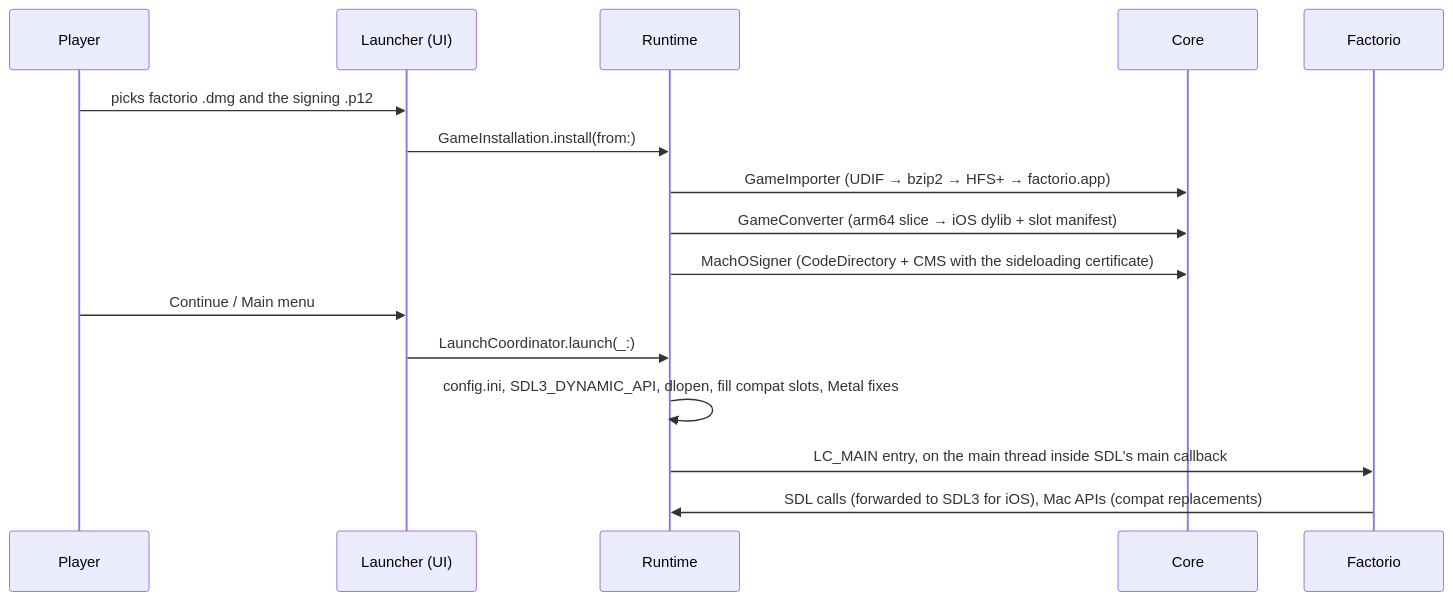
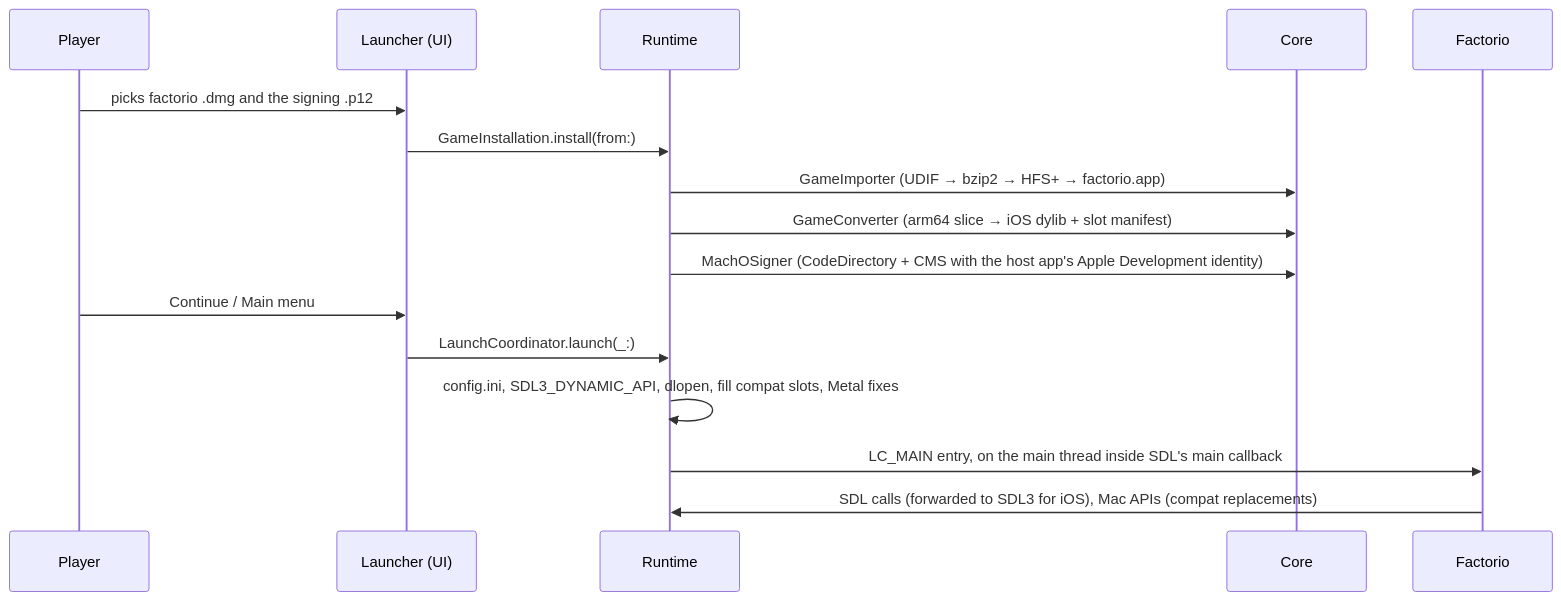
Before and after one commit to klesersurovyj-a11y/factorios: the second of 2 diagrams in docs/architecture.md, drawn with Mermaid. The commit also changed other lines of this file and 12 other files, not shown here.

````diff
--- a/docs/architecture.md
+++ b/docs/architecture.md
@@ -19,18 +19,18 @@
 ```mermaid
 sequenceDiagram
     participant P as Player
     participant L as Launcher (UI)
     participant R as Runtime
     participant C as Core
     participant G as Factorio
     P->>L: picks factorio .dmg and the signing .p12
     L->>R: GameInstallation.install(from:)
     R->>C: GameImporter (UDIF → bzip2 → HFS+ → factorio.app)
     R->>C: GameConverter (arm64 slice → iOS dylib + slot manifest)
-    R->>C: MachOSigner (CodeDirectory + CMS with the sideloading certificate)
+    R->>C: MachOSigner (CodeDirectory + CMS with the host app's Apple Development identity)
     P->>L: Continue / Main menu
     L->>R: LaunchCoordinator.launch(_:)
     R->>R: config.ini, SDL3_DYNAMIC_API, dlopen, fill compat slots, Metal fixes
     R->>G: LC_MAIN entry, on the main thread inside SDL's main callback
     G->>R: SDL calls (forwarded to SDL3 for iOS), Mac APIs (compat replacements)
 ```
````
